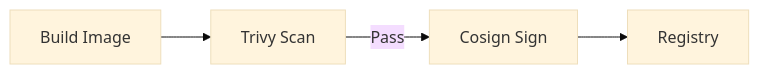
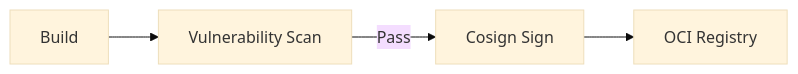
One commit to Devopstrio/hybrid-kubernetes-pattern changed diagram 13 of 30 in README.md. Above: the diagram before and after it, drawn with Mermaid (base theme). The commit also changed other lines of this file, not shown here.

Commit message:
docs: finalize premium institutional-grade README with 30+ diagrams and executive summary

````diff
--- a/README.md
+++ b/README.md
@@ -137,6 +180,6 @@
 ```mermaid
 graph LR
-    Build[Build Image] --> Scan[Trivy Scan]
+    Build[Build] --> Scan[Vulnerability Scan]
     Scan -->|Pass| Sign[Cosign Sign]
-    Sign --> Push[Registry]
+    Sign --> Push[OCI Registry]
 ```
````
